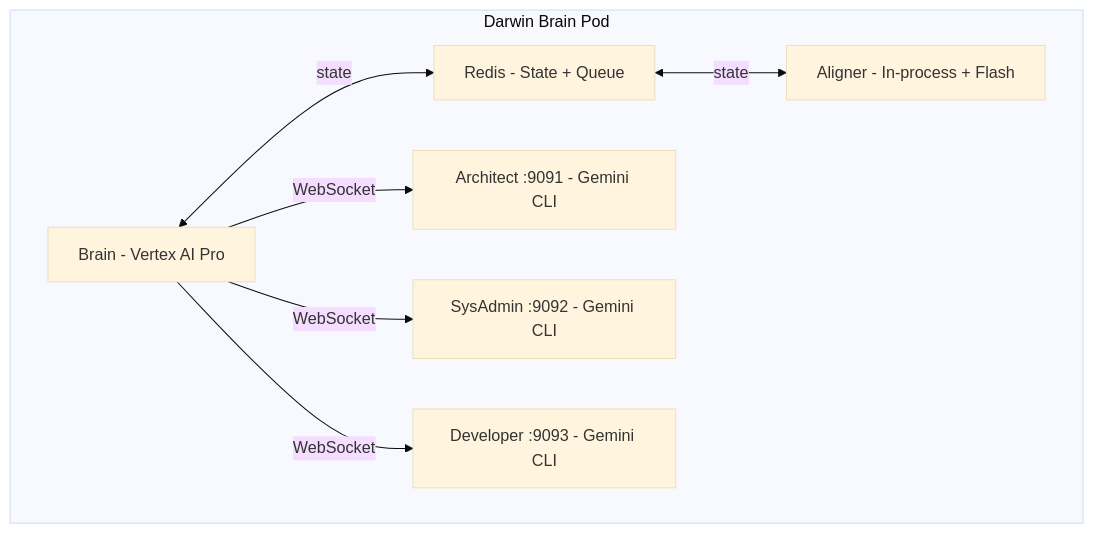
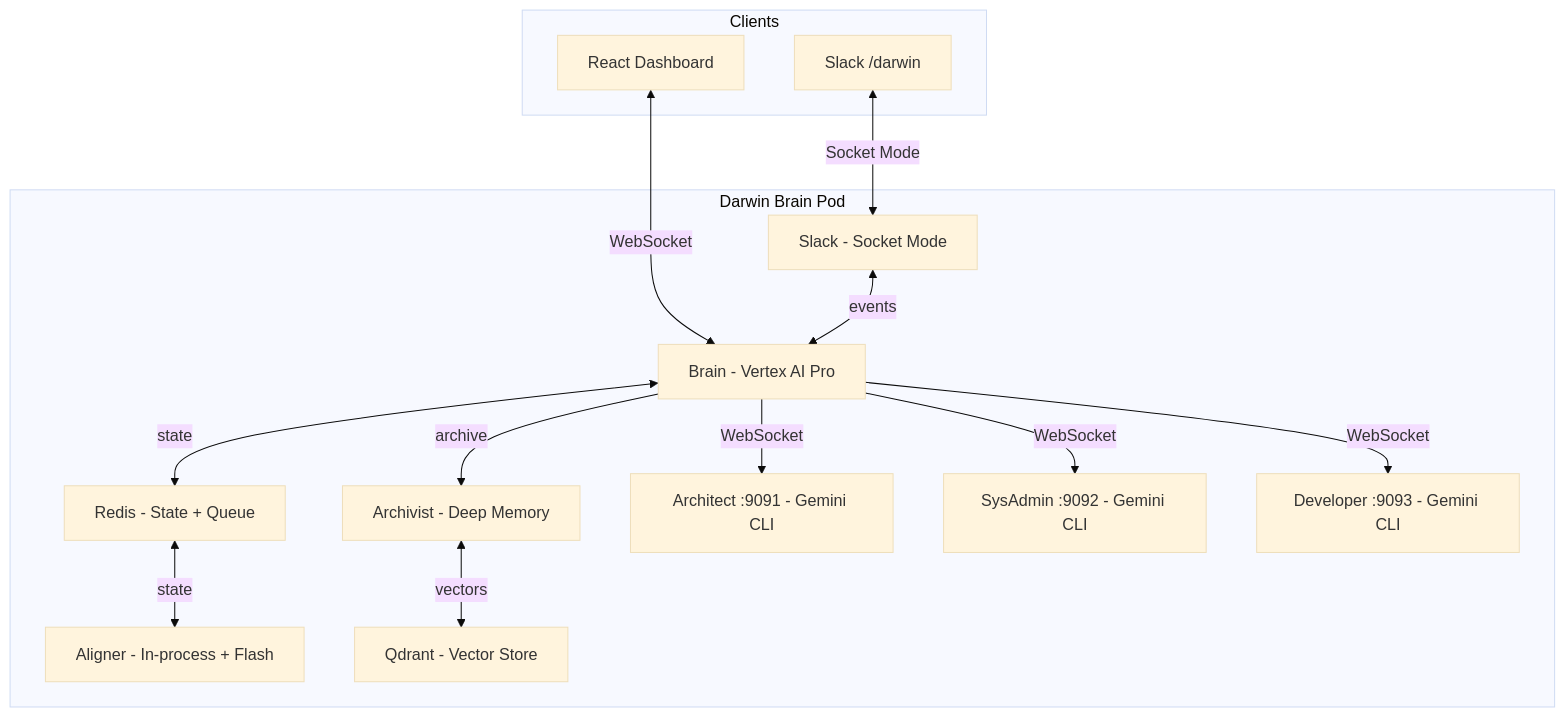
Before and after one commit to The-Darwin-Project/Blackboard: the diagram in README.md, drawn with Mermaid (base theme). The commit also changed other lines of this file and 7 other files, not shown here.

First line of the commit message:
docs(README): update architecture and agent roles for clarity

````diff
--- a/README.md
+++ b/README.md
@@ -9,19 +9,33 @@
 ```mermaid
 graph TD
     subgraph pod [Darwin Brain Pod]
         Brain["Brain - Vertex AI Pro"]
         Redis["Redis - State + Queue"]
         Aligner["Aligner - In-process + Flash"]
+        Archivist["Archivist - Deep Memory"]
+        Qdrant["Qdrant - Vector Store"]
+        Slack["Slack - Socket Mode"]
 
         Architect["Architect :9091 - Gemini CLI"]
         SysAdmin["SysAdmin :9092 - Gemini CLI"]
         Developer["Developer :9093 - Gemini CLI"]
     end
 
+    subgraph ui [Clients]
+        Dashboard["React Dashboard"]
+        SlackApp["Slack /darwin"]
+    end
+
     Brain <-->|state| Redis
     Redis <-->|state| Aligner
+    Brain -->|archive| Archivist
+    Archivist <-->|vectors| Qdrant
 
     Brain -->|WebSocket| Architect
     Brain -->|WebSocket| SysAdmin
     Brain -->|WebSocket| Developer
+
+    Dashboard <-->|WebSocket| Brain
+    SlackApp <-->|Socket Mode| Slack
+    Slack <-->|events| Brain
 ```
````
